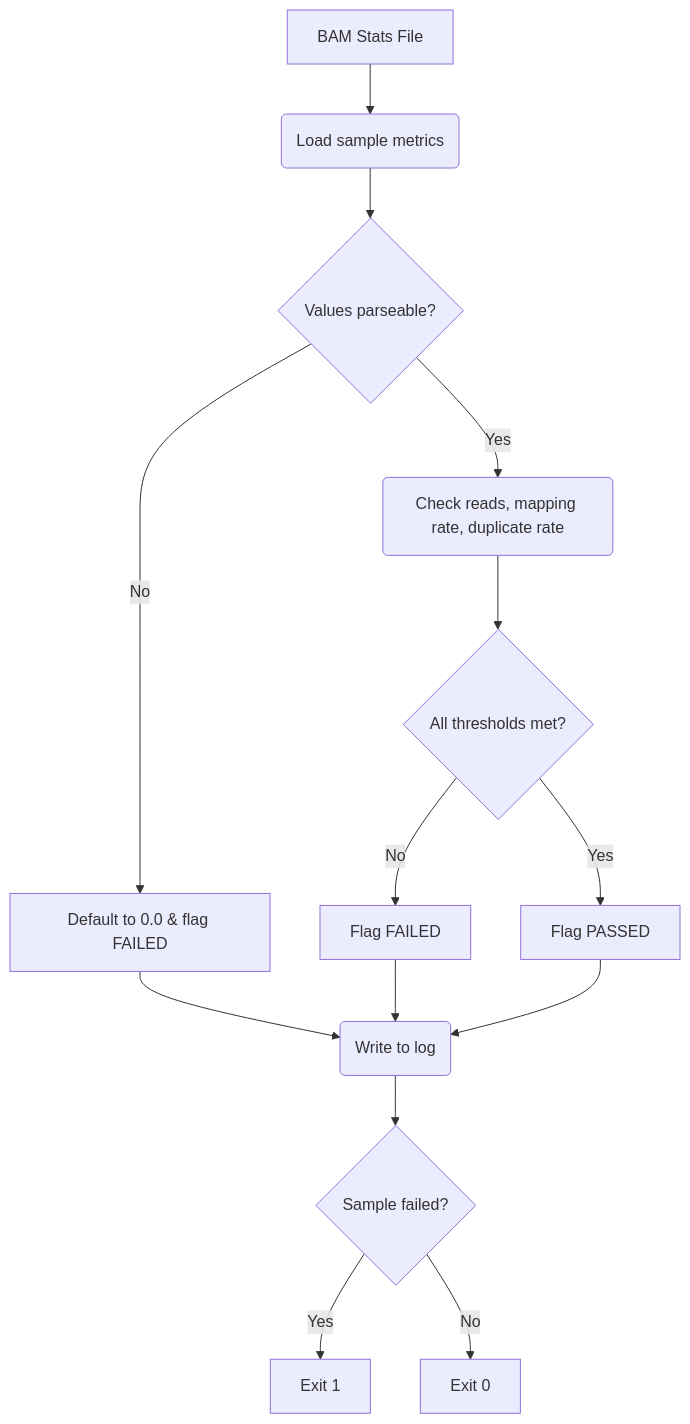
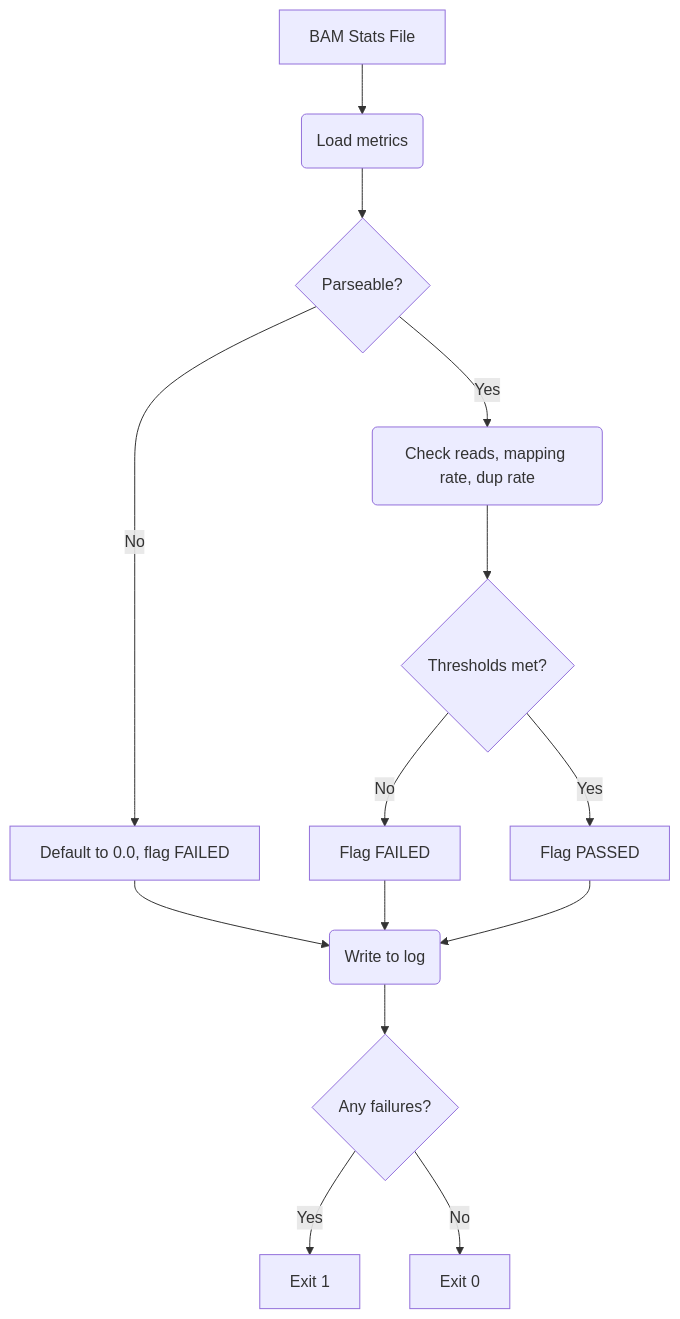
Before and after one commit to BDB-Genomics/bdb-rnaseq: the third of 8 diagrams in rules/scripts/README.md, drawn with Mermaid. The commit also changed other lines of this file and 7 other files, not shown here.

````diff
--- a/rules/scripts/README.md
+++ b/rules/scripts/README.md
@@ -86,16 +93,16 @@
 ```mermaid
 graph TD
-    A[BAM Stats File] --> B(Load sample metrics)
-    B --> C{Values parseable?}
-    C -- No --> D[Default to 0.0 & flag FAILED]
-    C -- Yes --> E(Check reads, mapping rate, duplicate rate)
-    E --> F{All thresholds met?}
+    A[BAM Stats File] --> B(Load metrics)
+    B --> C{Parseable?}
+    C -- No --> D[Default to 0.0, flag FAILED]
+    C -- Yes --> E(Check reads, mapping rate, dup rate)
+    E --> F{Thresholds met?}
     F -- No --> G[Flag FAILED]
     F -- Yes --> H[Flag PASSED]
     D --> I(Write to log)
     G --> I
     H --> I
-    I --> J{Sample failed?}
+    I --> J{Any failures?}
     J -- Yes --> K[Exit 1]
     J -- No --> L[Exit 0]
 ```
````
